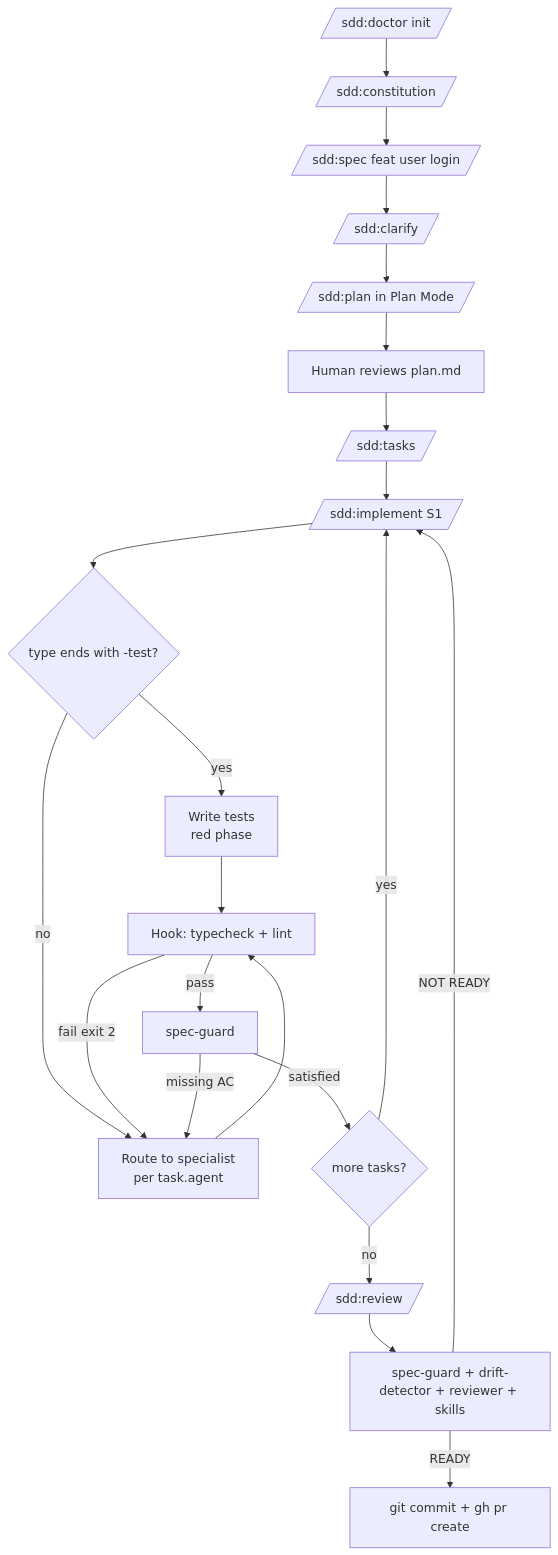
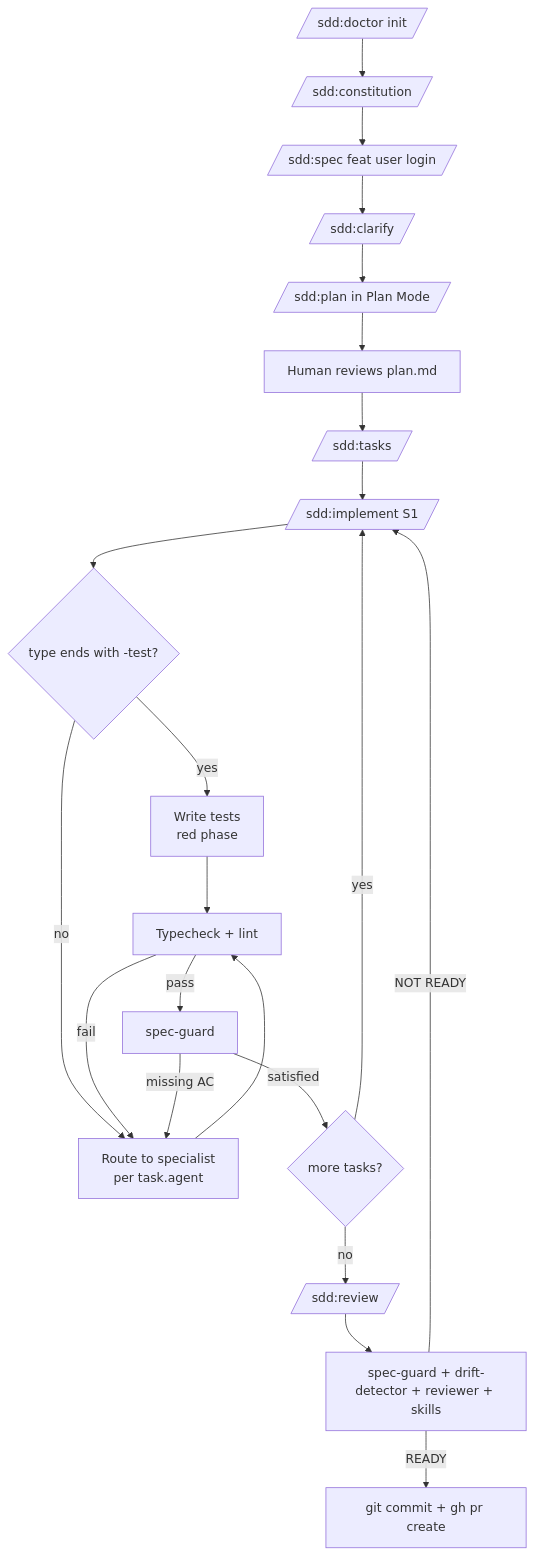
Before and after one commit to JanSzewczyk/spec-driven-development: the diagram in README.md, drawn with Mermaid. The commit also changed other lines of this file and 12 other files, not shown here.

````diff
--- a/README.md
+++ b/README.md
@@ -192,24 +189,24 @@
 ```mermaid
 flowchart TD
     A[/sdd:doctor init/] --> B[/sdd:constitution/]
     B --> C[/sdd:spec feat user login/]
     C --> D[/sdd:clarify/]
     D --> E[/sdd:plan in Plan Mode/]
     E --> F[Human reviews plan.md]
     F --> G[/sdd:tasks/]
     G --> H[/sdd:implement S1/]
     H --> I{type ends with -test?}
     I -->|yes| J[Write tests<br/>red phase]
     I -->|no| K[Route to specialist<br/>per task.agent]
-    J --> L[Hook: typecheck + lint]
+    J --> L[Typecheck + lint]
     K --> L
-    L -->|fail exit 2| K
+    L -->|fail| K
     L -->|pass| M[spec-guard]
     M -->|missing AC| K
     M -->|satisfied| N{more tasks?}
     N -->|yes| H
     N -->|no| O[/sdd:review/]
     O --> P[spec-guard + drift-detector + reviewer + skills]
     P -->|READY| Q[git commit + gh pr create]
     P -->|NOT READY| H
 ```
````
